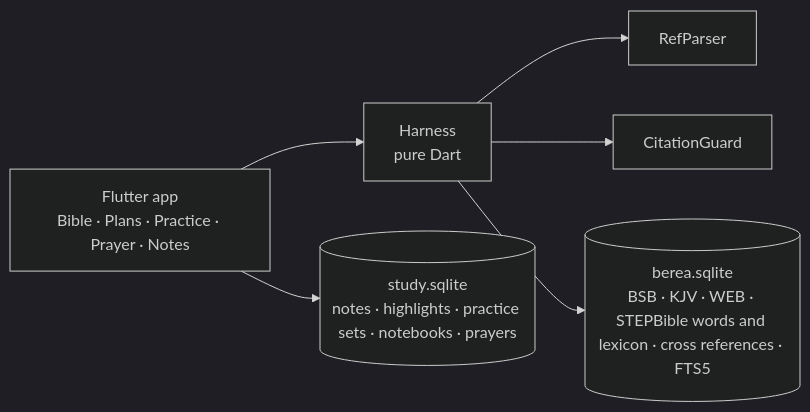
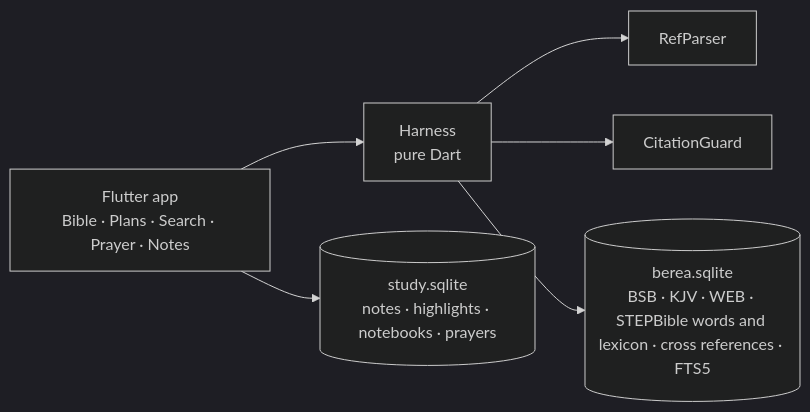
One commit to CalvinMagezi/berea changed the diagram in README.md. Above: the diagram before and after it, drawn with Mermaid (dark theme). The commit also changed other lines of this file and 24 other files, not shown here.

First line of the commit message:
Drop the Practice place: Bible first, Search raised in the middle

````diff
--- a/README.md
+++ b/README.md
@@ -73,8 +70,8 @@
 ```mermaid
 flowchart LR
-  UI[Flutter app<br/>Bible · Plans · Practice · Prayer · Notes] --> H[Harness<br/>pure Dart]
+  UI[Flutter app<br/>Bible · Plans · Search · Prayer · Notes] --> H[Harness<br/>pure Dart]
   H --> RP[RefParser]
   H --> CG[CitationGuard]
   H --> DB[(berea.sqlite<br/>BSB · KJV · WEB · STEPBible words and lexicon · cross references · FTS5)]
-  UI --> S[(study.sqlite<br/>notes · highlights · practice sets · notebooks · prayers)]
+  UI --> S[(study.sqlite<br/>notes · highlights · notebooks · prayers)]
 ```
````
